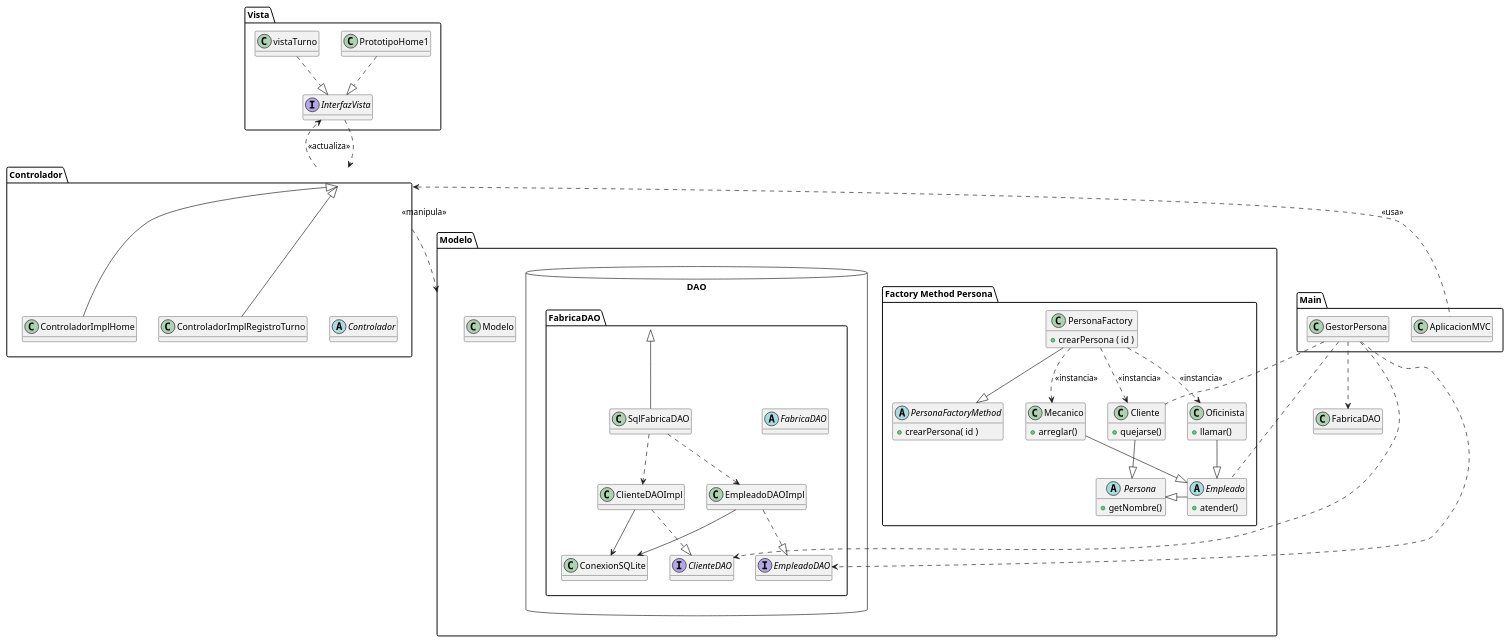
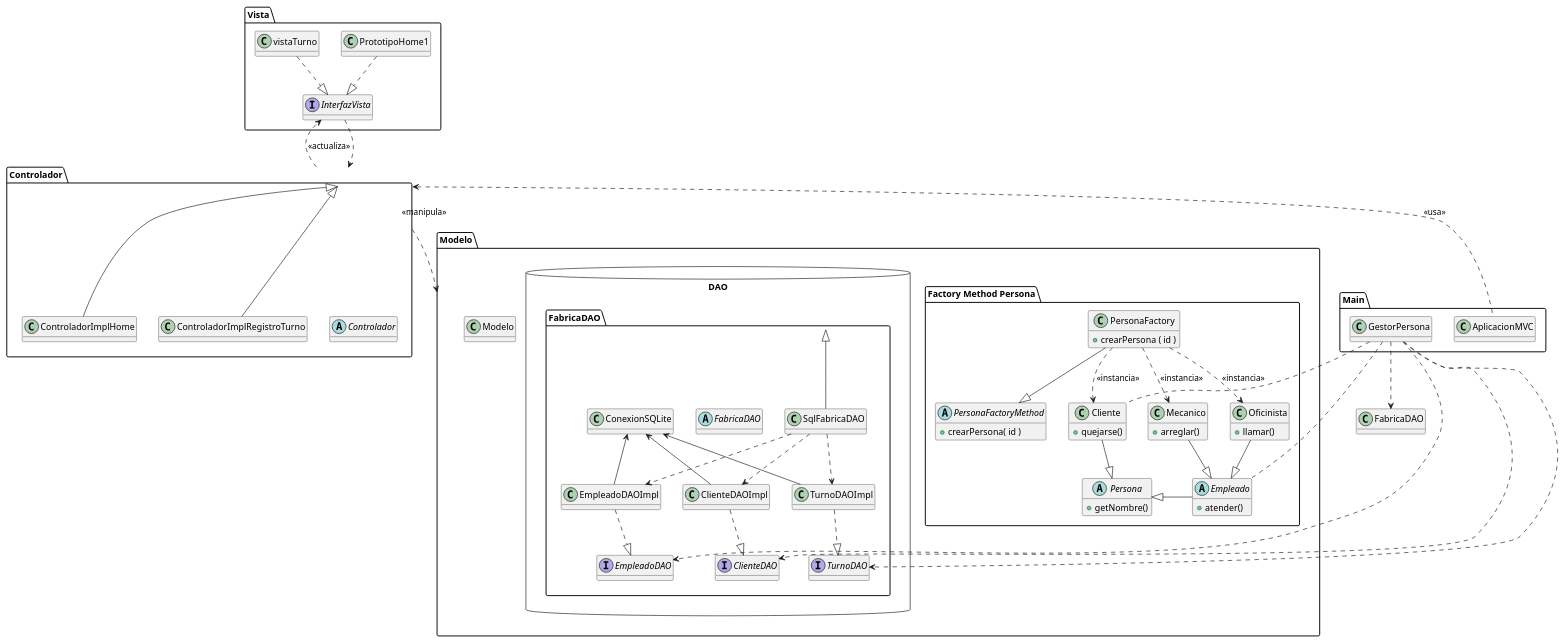
The diagram in Finalv2/PUMLs/Patrones/ModeloMVC.puml (TomasAlvarez78/FinalDOO), drawn with PlantUML before and after one commit. The commit also changed 20 other files, not shown here.

```diff
--- a/Finalv2/PUMLs/Patrones/ModeloMVC.puml
+++ b/Finalv2/PUMLs/Patrones/ModeloMVC.puml
@@ -1,117 +1,124 @@
 @startuml ModeloMVC
 
 hide empty attributes
 
 package "Main"{
 	'Main's
 	class AplicacionMVC
 	class GestorPersona
 }
 
 'Controladores
 package "Controlador"{
 	abstract class Controlador
 	class ControladorImplHome
 	class ControladorImplRegistroTurno
 
 }
 
 
 
 package "Vista"{
 	'Vistas
 	class PrototipoHome1
 	class vistaTurno
 	interface InterfazVista	
 }
 
 
 package "Modelo"{
 	'Modelos
 	class Modelo
 	package "Factory Method Persona"{
 		abstract class Persona{
 			+ getNombre()
 		}
 
 		abstract class Empleado{
 			+ atender()
 		}
 		
 		abstract class PersonaFactoryMethod{
 			+ crearPersona( id )
 		}
 
 		' Implementacion
 		' 1 - Cliente
 		' 2 - Empleado
 		' 3 - Mecanico
 		class PersonaFactory{
 			+ crearPersona ( id )
 		}
 		class Cliente{
 			+ quejarse()
 		}
 		class Mecanico{
 			+ arreglar()
 		}
 		class Oficinista{
 			+ llamar()
 		}
 		PersonaFactory --|> PersonaFactoryMethod
 		PersonaFactory ..> Cliente : <<instancia>>
 		PersonaFactory ..> Mecanico : <<instancia>>
 		PersonaFactory ..> Oficinista : <<instancia>>
 		Cliente --|> Persona
 		Empleado -left-|> Persona
 
 		Mecanico --|> Empleado
 		Oficinista --|> Empleado
 	}
 
 	package "DAO" <<Database>>{
 
+		
 		package "FabricaDAO"{
 			interface EmpleadoDAO
 			interface ClienteDAO
+			interface TurnoDAO
 
 			abstract class FabricaDAO
 
 			class ClienteDAOImpl
 			class EmpleadoDAOImpl
+			class TurnoDAOImpl
 			class ConexionSQLite
 			class SqlFabricaDAO
 
 		}
 
-		EmpleadoDAOImpl -down-> ConexionSQLite 
-		ClienteDAOImpl -down-> ConexionSQLite
+		EmpleadoDAOImpl -up-> ConexionSQLite 
+		ClienteDAOImpl -up-> ConexionSQLite
+		TurnoDAOImpl -up-> ConexionSQLite 
 		EmpleadoDAOImpl ..|> EmpleadoDAO
 		ClienteDAOImpl ..|> ClienteDAO
+		TurnoDAOImpl ..|> TurnoDAO
 		SqlFabricaDAO -up-|> FabricaDAO
 		SqlFabricaDAO ..> EmpleadoDAOImpl
+		SqlFabricaDAO ..> TurnoDAOImpl
 		SqlFabricaDAO ..> ClienteDAOImpl
 
 
 	}
 }
 
 
 
 GestorPersona ..> FabricaDAO
 GestorPersona.. Empleado
 GestorPersona .. Cliente
 GestorPersona ..> ClienteDAO
 GestorPersona ..> EmpleadoDAO
+GestorPersona ..> TurnoDAO
 
 'Relaciones
 Controlador <|-- ControladorImplHome
 Controlador <|-- ControladorImplRegistroTurno
 Controlador ..> Modelo : <<manipula>>
 Controlador ..> InterfazVista : <<actualiza>>
 AplicacionMVC .left.> Controlador : <<usa>>
 PrototipoHome1 ..|> InterfazVista
 vistaTurno ..|> InterfazVista
 InterfazVista ..> Controlador
 
 @enduml
```
